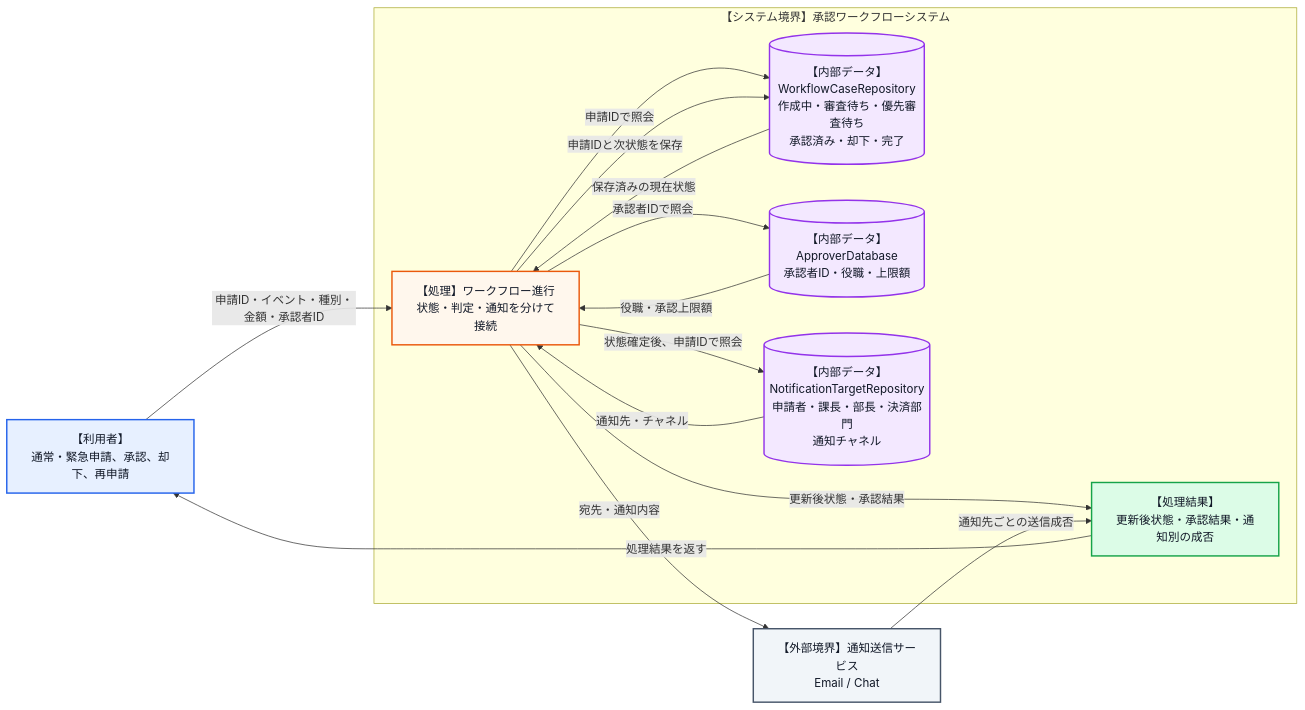
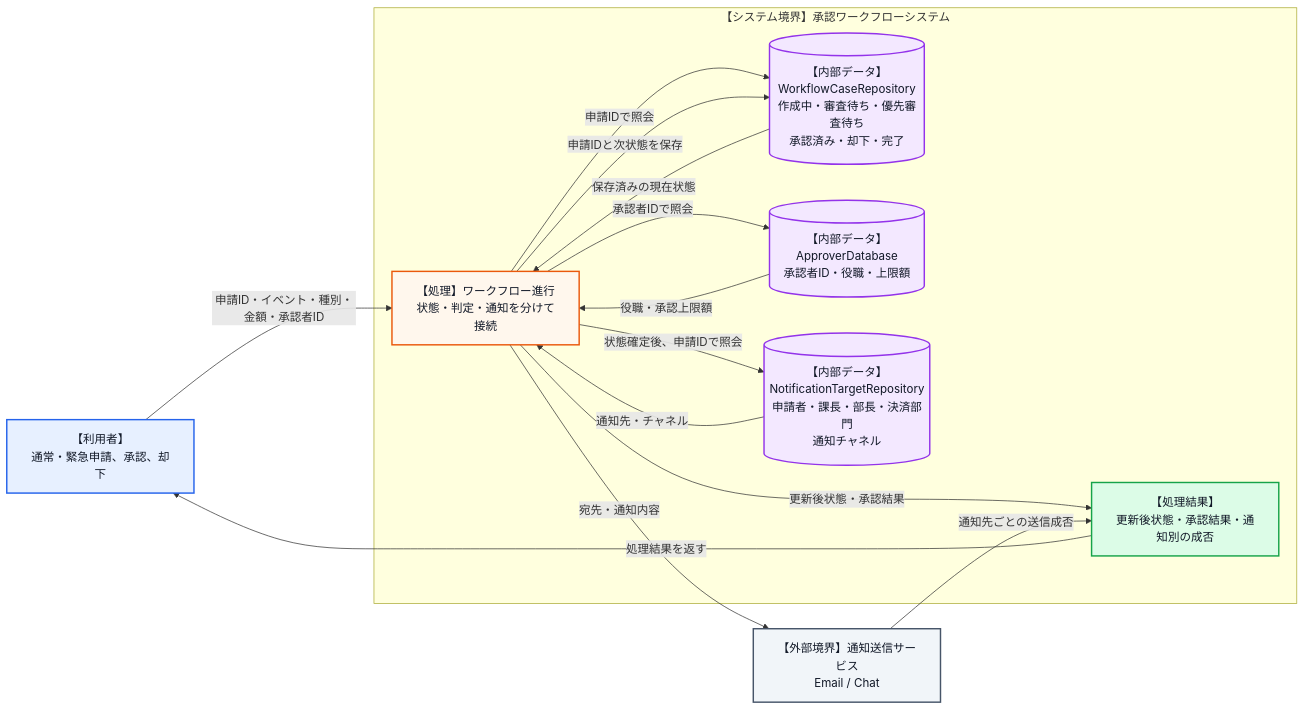
The seventh of 17 diagrams in kindle/design-patterns/output/chapter12.md (kumachan1101-pixel/DesignPattern), drawn with Mermaid before and after one commit. The commit also changed other lines of this file and 18 other files, not shown here.

````diff
--- a/kindle/design-patterns/output/chapter12.md
+++ b/kindle/design-patterns/output/chapter12.md
@@ -611,31 +612,31 @@
 ```mermaid
 flowchart LR
-    U["【利用者】<br>通常・緊急申請、承認、却下、再申請"]:::actor
+    U["【利用者】<br>通常・緊急申請、承認、却下"]:::actor
     subgraph SYS["【システム境界】承認ワークフローシステム"]
         WM["【処理】ワークフロー進行<br>状態・判定・通知を分けて接続"]:::process
         CS[("【内部データ】WorkflowCaseRepository<br>作成中・審査待ち・優先審査待ち<br>承認済み・却下・完了")]:::data
         AP[("【内部データ】ApproverDatabase<br>承認者ID・役職・上限額")]:::data
         NT[("【内部データ】NotificationTargetRepository<br>申請者・課長・部長・決済部門<br>通知チャネル")]:::data
         R["【処理結果】<br>更新後状態・承認結果・通知別の成否"]:::output
     end
     NS["【外部境界】通知送信サービス<br>Email / Chat"]:::external
 
     U -->|"申請ID・イベント・種別・金額・承認者ID"| WM
     WM -->|"申請IDで照会"| CS
     CS -->|"保存済みの現在状態"| WM
     WM -->|"承認者IDで照会"| AP
     AP -->|"役職・承認上限額"| WM
     WM -->|"申請IDと次状態を保存"| CS
     WM -->|"状態確定後、申請IDで照会"| NT
     NT -->|"通知先・チャネル"| WM
     WM -->|"宛先・通知内容"| NS
     WM -->|"更新後状態・承認結果"| R
     NS -->|"通知先ごとの送信成否"| R
     R -->|"処理結果を返す"| U
 
     classDef actor fill:#e7f0ff,stroke:#2563eb,stroke-width:2px,color:#111827;
     classDef process fill:#fff7ed,stroke:#ea580c,stroke-width:2px,color:#111827;
     classDef data fill:#f3e8ff,stroke:#9333ea,stroke-width:2px,color:#111827;
     classDef external fill:#f1f5f9,stroke:#475569,stroke-width:2px,color:#111827;
     classDef output fill:#dcfce7,stroke:#16a34a,stroke-width:2px,color:#111827;
 ```
````
